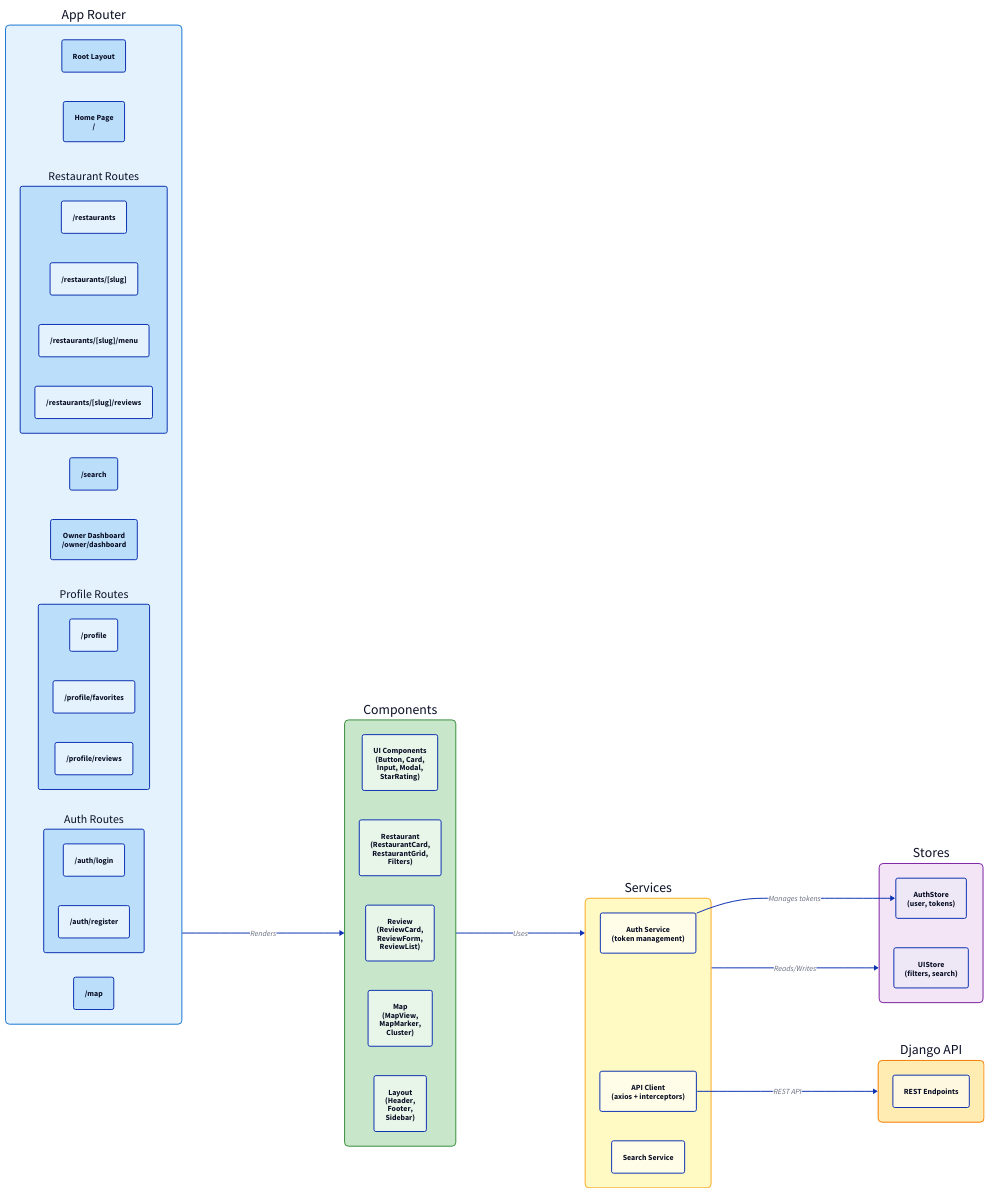
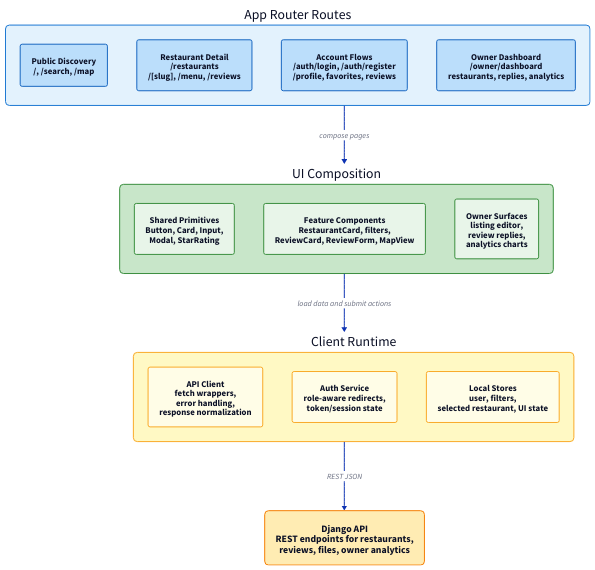
Before and after one commit to Krr0ptioN/cse-220: the diagram in docs/diagrams/frontend-architecture.d2, drawn with D2. The commit also changed 138 other files, not shown here.

First line of the commit message:
feat(restaurants): favorite list, profile managment, map integration (#71)

```diff
--- a/docs/diagrams/frontend-architecture.d2
+++ b/docs/diagrams/frontend-architecture.d2
@@ -1,10 +1,9 @@
-# Component Architecture
-# Next.js Frontend Structure
+# Frontend Architecture
+# Next.js route composition and runtime dependencies
 
-direction: right
+direction: down
 
-# App Router
-app: App Router {
+routes: "App Router Routes" {
   shape: rectangle
   style: {
     fill: "#E3F2FD"
@@ -13,145 +12,56 @@
     border-radius: 8
   }
 
-  layout: "Root Layout" {
+  public: "Public Discovery\n/, /search, /map" {
     shape: rectangle
     style: {
       fill: "#BBDEFB"
+      stroke: "#1565C0"
+      stroke-width: 2
       border-radius: 4
+      font-size: 18
+      bold: true
     }
   }
 
-  home: "Home Page\n/" {
+  restaurant: "Restaurant Detail\n/restaurants\n/[slug], /menu, /reviews" {
     shape: rectangle
     style: {
       fill: "#BBDEFB"
+      stroke: "#1565C0"
+      stroke-width: 2
       border-radius: 4
+      font-size: 18
+      bold: true
     }
   }
 
-  restaurants: "Restaurant Routes" {
+  account: "Account Flows\n/auth/login, /auth/register\n/profile, favorites, reviews" {
     shape: rectangle
     style: {
       fill: "#BBDEFB"
+      stroke: "#1565C0"
+      stroke-width: 2
       border-radius: 4
-    }
-
-    list: "/restaurants" {
-      shape: rectangle
-      style: {
-        fill: "#E3F2FD"
-        border-radius: 4
-      }
-    }
-
-    detail: "/restaurants/[slug]" {
-      shape: rectangle
-      style: {
-        fill: "#E3F2FD"
-        border-radius: 4
-      }
-    }
-
-    menu: "/restaurants/[slug]/menu" {
-      shape: rectangle
-      style: {
-        fill: "#E3F2FD"
-        border-radius: 4
-      }
-    }
-
-    reviews: "/restaurants/[slug]/reviews" {
-      shape: rectangle
-      style: {
-        fill: "#E3F2FD"
-        border-radius: 4
-      }
+      font-size: 18
+      bold: true
     }
   }
 
-  search: "/search" {
+  owner: "Owner Dashboard\n/owner/dashboard\nrestaurants, replies, analytics" {
     shape: rectangle
     style: {
       fill: "#BBDEFB"
+      stroke: "#1565C0"
+      stroke-width: 2
       border-radius: 4
-    }
-  }
-
-  map: "/map" {
-    shape: rectangle
-    style: {
-      fill: "#BBDEFB"
-      border-radius: 4
-    }
-  }
-
-  profile: "Profile Routes" {
-    shape: rectangle
-    style: {
-      fill: "#BBDEFB"
-      border-radius: 4
-    }
-
-    me: "/profile" {
-      shape: rectangle
-      style: {
-        fill: "#E3F2FD"
-        border-radius: 4
-      }
-    }
-
-    favorites: "/profile/favorites" {
-      shape: rectangle
-      style: {
-        fill: "#E3F2FD"
-        border-radius: 4
-      }
-    }
-
-    my_reviews: "/profile/reviews" {
-      shape: rectangle
-      style: {
-        fill: "#E3F2FD"
-        border-radius: 4
-      }
-    }
-  }
-
-  auth: "Auth Routes" {
-    shape: rectangle
-    style: {
-      fill: "#BBDEFB"
-      border-radius: 4
-    }
-
-    login: "/auth/login" {
-      shape: rectangle
-      style: {
-        fill: "#E3F2FD"
-        border-radius: 4
-      }
-    }
-
-    register: "/auth/register" {
-      shape: rectangle
-      style: {
-        fill: "#E3F2FD"
-        border-radius: 4
-      }
-    }
-  }
-
-  owner: "Owner Dashboard\n/owner/dashboard" {
-    shape: rectangle
-    style: {
-      fill: "#BBDEFB"
-      border-radius: 4
+      font-size: 18
+      bold: true
     }
   }
 }
 
-# Components
-components: Components {
+components: "UI Composition" {
   shape: rectangle
   style: {
     fill: "#C8E6C9"
@@ -160,49 +70,42 @@
     border-radius: 8
   }
 
-  ui: "UI Components\n(Button, Card,\nInput, Modal,\nStarRating)" {
+  primitives: "Shared Primitives\nButton, Card, Input,\nModal, StarRating" {
     shape: rectangle
     style: {
       fill: "#E8F5E9"
+      stroke: "#388E3C"
+      stroke-width: 2
       border-radius: 4
+      font-size: 18
     }
   }
 
-  restaurant: "Restaurant\n(RestaurantCard,\nRestaurantGrid,\nFilters)" {
+  feature_ui: "Feature Components\nRestaurantCard, filters,\nReviewCard, ReviewForm, MapView" {
     shape: rectangle
     style: {
       fill: "#E8F5E9"
+      stroke: "#388E3C"
+      stroke-width: 2
       border-radius: 4
+      font-size: 18
+      bold: true
     }
   }
 
-  review: "Review\n(ReviewCard,\nReviewForm,\nReviewList)" {
+  owner_ui: "Owner Surfaces\nlisting editor,\nreview replies,\nanalytics charts" {
     shape: rectangle
     style: {
       fill: "#E8F5E9"
+      stroke: "#388E3C"
+      stroke-width: 2
       border-radius: 4
-    }
-  }
-
-  map: "Map\n(MapView,\nMapMarker,\nCluster)" {
-    shape: rectangle
-    style: {
-      fill: "#E8F5E9"
-      border-radius: 4
-    }
-  }
-
-  layout: "Layout\n(Header,\nFooter,\nSidebar)" {
-    shape: rectangle
-    style: {
-      fill: "#E8F5E9"
-      border-radius: 4
+      font-size: 18
     }
   }
 }
 
-# Services
-services: Services {
+runtime: "Client Runtime" {
   shape: rectangle
   style: {
     fill: "#FFF9C4"
@@ -211,80 +114,53 @@
     border-radius: 8
   }
 
-  api: "API Client\n(axios + interceptors)" {
+  api_client: "API Client\nfetch wrappers,\nerror handling,\nresponse normalization" {
     shape: rectangle
     style: {
       fill: "#FFFDE7"
+      stroke: "#F9A825"
+      stroke-width: 2
       border-radius: 4
+      font-size: 18
+      bold: true
     }
   }
 
-  auth: "Auth Service\n(token management)" {
+  auth_service: "Auth Service\nrole-aware redirects,\ntoken/session state" {
     shape: rectangle
     style: {
       fill: "#FFFDE7"
+      stroke: "#F9A825"
+      stroke-width: 2
       border-radius: 4
+      font-size: 18
     }
   }
 
-  search: "Search Service" {
+  stores: "Local Stores\nuser, filters,\nselected restaurant, UI state" {
     shape: rectangle
     style: {
       fill: "#FFFDE7"
+      stroke: "#F9A825"
+      stroke-width: 2
       border-radius: 4
+      font-size: 18
     }
   }
 }
 
-# State
-state: Stores {
-  shape: rectangle
-  style: {
-    fill: "#F3E5F5"
-    stroke: "#7B1FA2"
-    stroke-width: 2
-    border-radius: 8
-  }
-
-  auth_store: "AuthStore\n(user, tokens)" {
-    shape: rectangle
-    style: {
-      fill: "#EDE7F6"
-      border-radius: 4
-    }
-  }
-
-  ui_store: "UIStore\n(filters, search)" {
-    shape: rectangle
-    style: {
-      fill: "#EDE7F6"
-      border-radius: 4
-    }
-  }
-}
-
-# Backend
-backend: Django API {
+backend: "Django API\nREST endpoints for restaurants,\nreviews, files, owner analytics" {
   shape: rectangle
   style: {
     fill: "#FFECB3"
     stroke: "#F57C00"
     stroke-width: 2
     border-radius: 8
-  }
-
-  endpoints: "REST Endpoints" {
-    shape: rectangle
-    style: {
-      fill: "#FFF8E1"
-      border-radius: 4
-    }
+    font-size: 20
+    bold: true
   }
 }
 
-# Connections
-app -> components: "Renders"
-components -> services: "Uses"
-services -> state: "Reads/Writes"
-services.api -> backend: "REST API"
-services.auth -> state.auth_store: "Manages tokens"
+routes -> components: "compose pages"
+components -> runtime: "load data and submit actions"
+runtime -> backend: "REST JSON"
```
